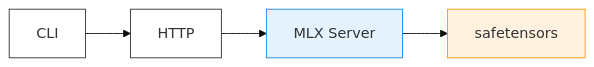
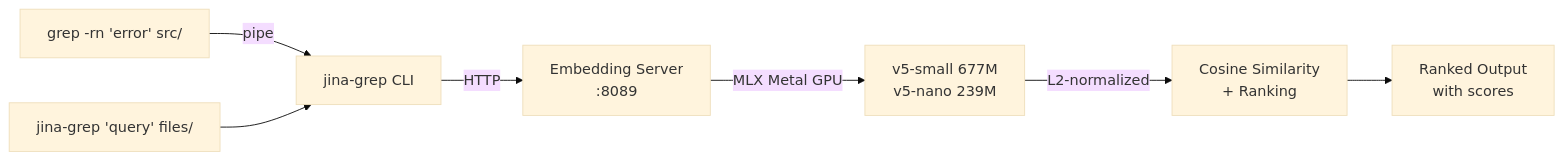
One commit to jina-ai/jina-grep-cli changed the diagram in README.md. Above: the diagram before and after it, drawn with Mermaid (base theme). The commit also changed other lines of this file and 1 other file, not shown here.

Commit message:
add LICENSE, improve architecture diagram, update repo metadata

````diff
--- a/README.md
+++ b/README.md
@@ -7,11 +7,9 @@
 ```mermaid
 graph LR
-    A["CLI"] --> B["HTTP"]
-    B --> C["MLX Server"]
-    C --> D["safetensors"]
-
-    style A fill:#fff,stroke:#333
-    style B fill:#fff,stroke:#333
-    style C fill:#E3F2FD,stroke:#1E88E5
-    style D fill:#FFF3E0,stroke:#FF9800
+    A["grep -rn 'error' src/"] -->|pipe| C["jina-grep CLI"]
+    B["jina-grep 'query' files/"] --> C
+    C -->|HTTP| D["Embedding Server\n:8089"]
+    D -->|MLX Metal GPU| E["v5-small 677M\nv5-nano 239M"]
+    E -->|L2-normalized| F["Cosine Similarity\n+ Ranking"]
+    F --> G["Ranked Output\nwith scores"]
 ```
````
